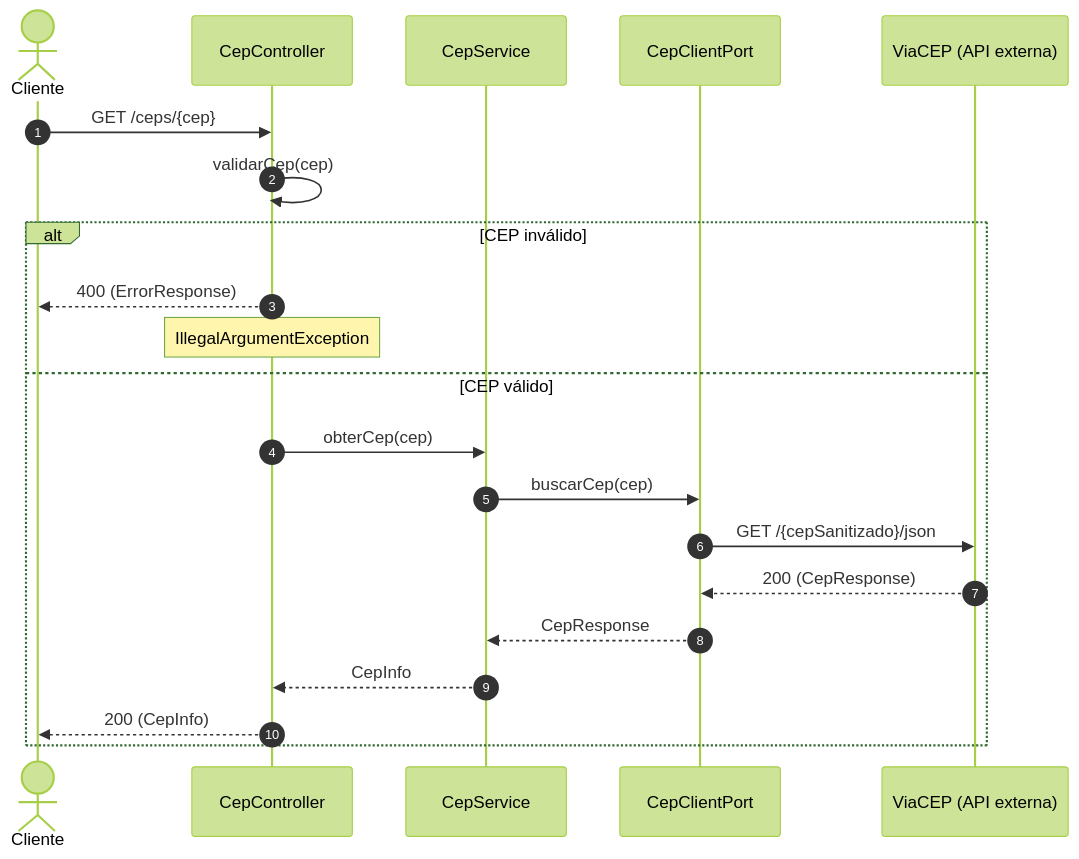
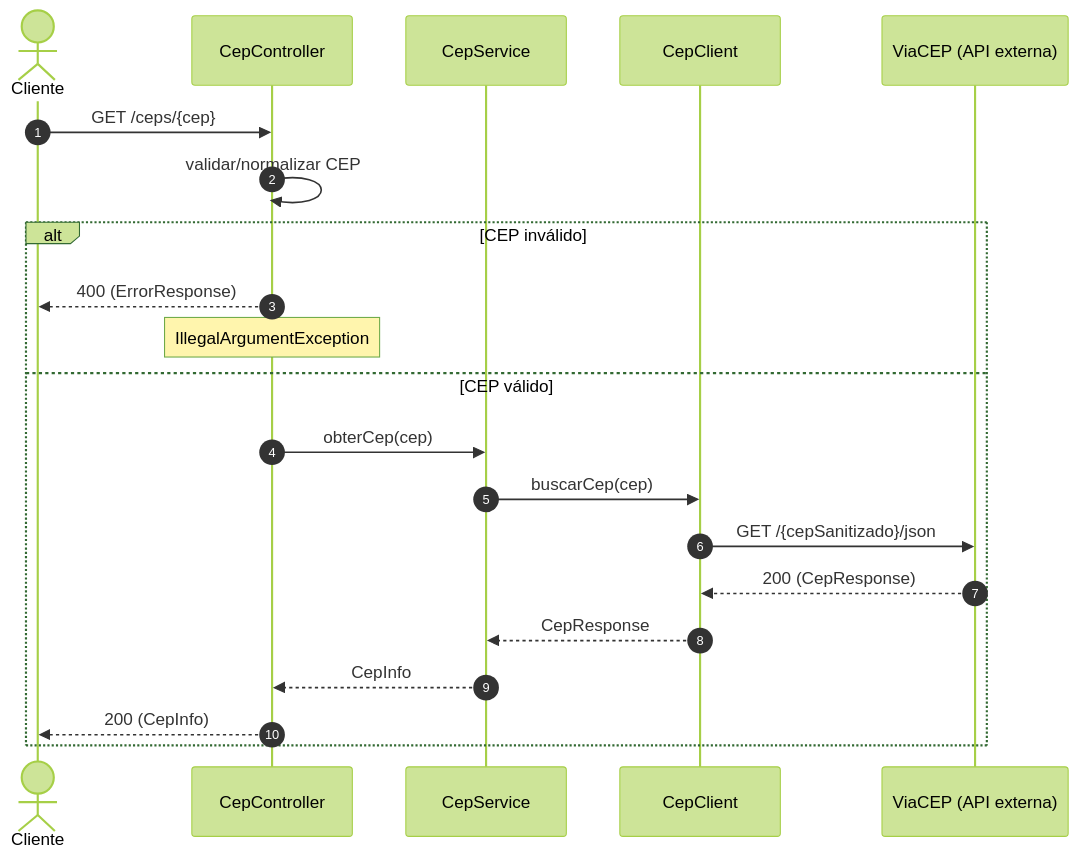
One commit to renato-brito/teste-cep changed the second of 2 diagrams in README.md. Above: the diagram before and after it, drawn with Mermaid (forest theme). The commit also changed other lines of this file and 2 other files, not shown here.

Commit message:
chore: alterado classe CepClientConfig para pacote config

````diff
--- a/README.md
+++ b/README.md
@@ -122,25 +121,25 @@
 ```mermaid
 sequenceDiagram
   autonumber
   actor Cliente
   participant C as CepController
   participant S as CepService
-  participant CP as CepClientPort
-  participant V as ViaCEP (API externa)
+  participant CL as CepClient
+  participant API as ViaCEP (API externa)
 
   Cliente->>C: GET /ceps/{cep}
-  C->>C: validarCep(cep)
+  C->>C: validar/normalizar CEP
 
   alt CEP inválido
     C-->>Cliente: 400 (ErrorResponse)
     note over C: IllegalArgumentException
   else CEP válido
     C->>S: obterCep(cep)
-    S->>CP: buscarCep(cep)
-    CP->>V: GET /{cepSanitizado}/json
-    V-->>CP: 200 (CepResponse)
-    CP-->>S: CepResponse
+    S->>CL: buscarCep(cep)
+    CL->>API: GET /{cepSanitizado}/json
+    API-->>CL: 200 (CepResponse)
+    CL-->>S: CepResponse
     S-->>C: CepInfo
     C-->>Cliente: 200 (CepInfo)
   end
 ```
````
